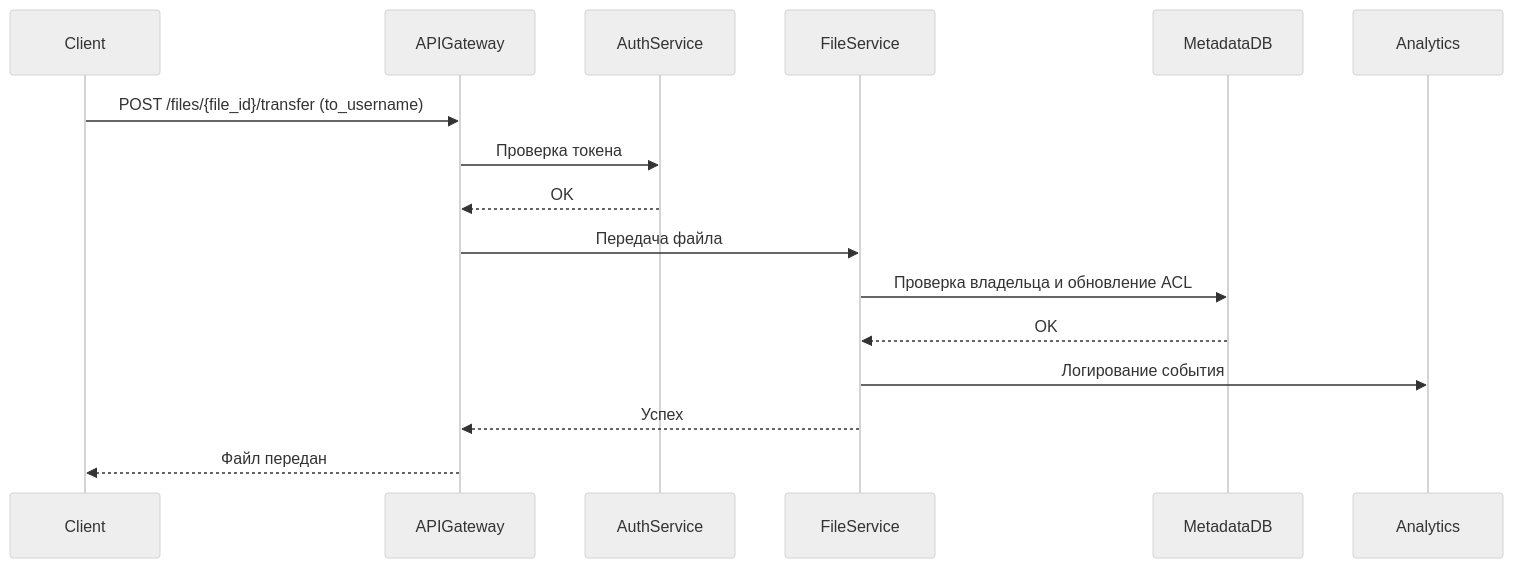
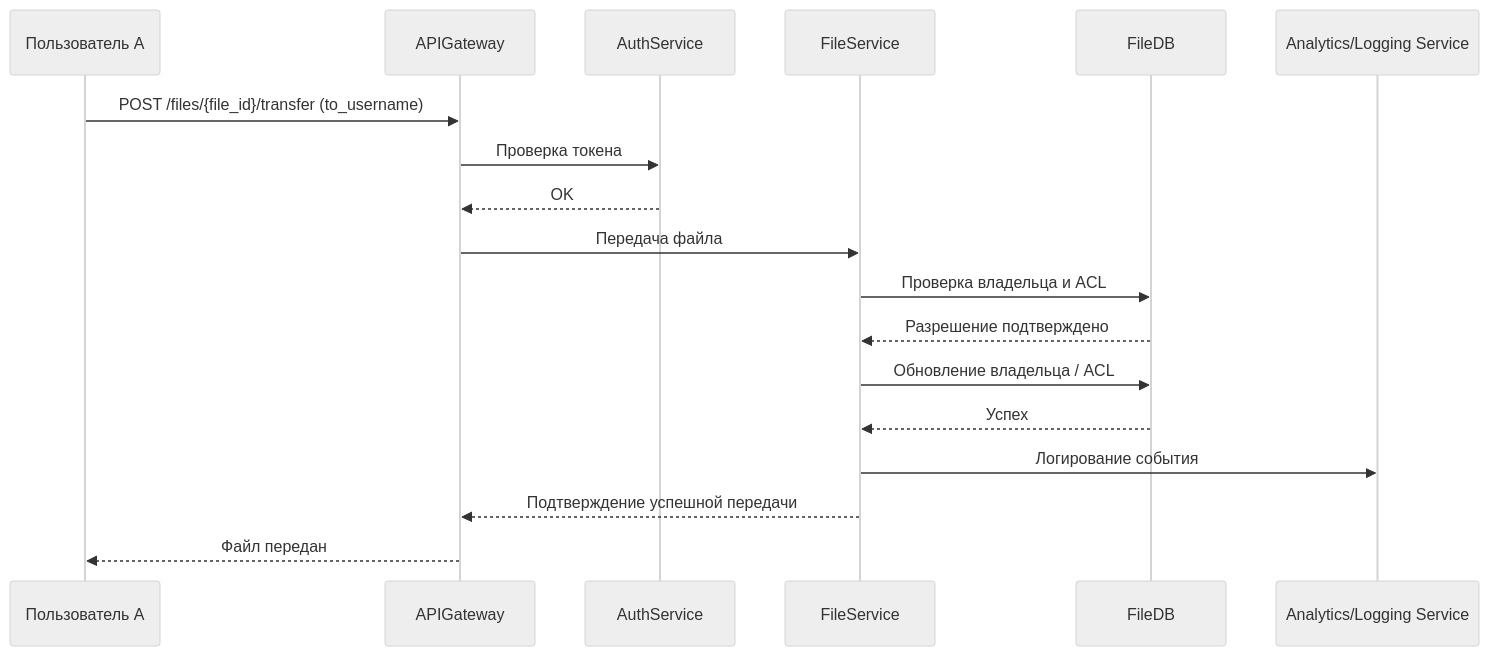
One commit to spbu-ds-practicum-2025/vanya-and-co changed the sixth of 7 diagrams in docs/tr.md. Above: the diagram before and after it, drawn with Mermaid (neutral theme). The commit also changed other lines of this file, not shown here.

````diff
--- a/docs/tr.md
+++ b/docs/tr.md
@@ -279,19 +281,22 @@
 ```mermaid
 sequenceDiagram
-  participant Client
+  participant Client as Пользователь A
   participant APIGateway
   participant AuthService
   participant FileService
-  participant MetadataDB
-  participant Analytics
+  participant FileDB
+  participant Analytics as Analytics/Logging Service
 
   Client->>APIGateway: POST /files/{file_id}/transfer (to_username)
   APIGateway->>AuthService: Проверка токена
   AuthService-->>APIGateway: OK
   APIGateway->>FileService: Передача файла
-  FileService->>MetadataDB: Проверка владельца и обновление ACL
-  MetadataDB-->>FileService: OK
+  FileService->>FileDB: Проверка владельца и ACL
+  FileDB-->>FileService: Разрешение подтверждено
+  FileService->>FileDB: Обновление владельца / ACL
+  FileDB-->>FileService: Успех
   FileService->>Analytics: Логирование события
-  FileService-->>APIGateway: Успех
+  FileService-->>APIGateway: Подтверждение успешной передачи
   APIGateway-->>Client: Файл передан
+
   ```
````
